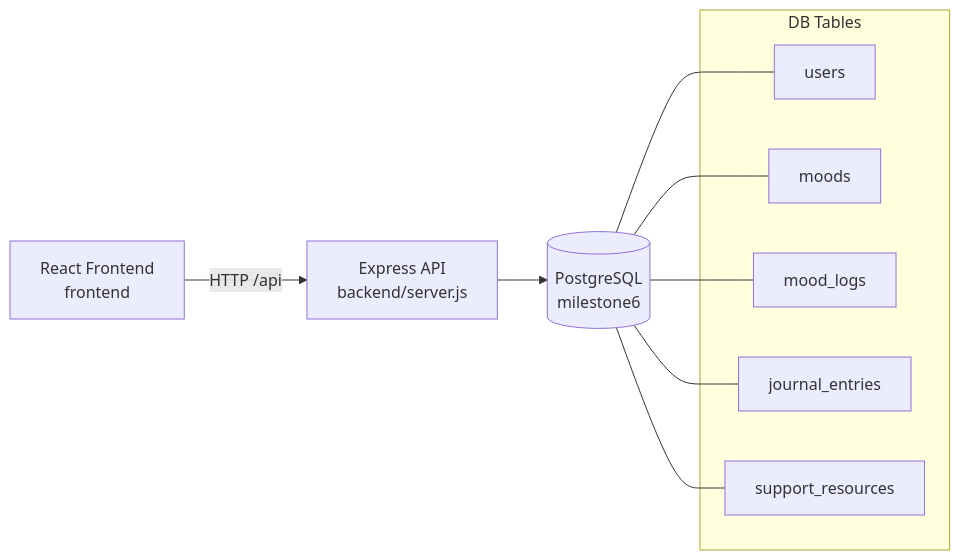
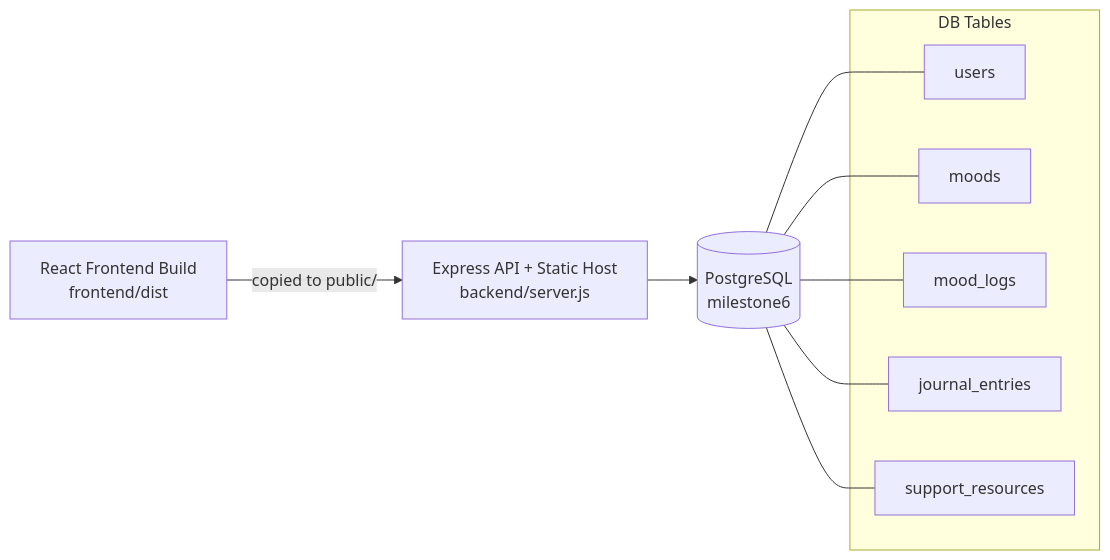
One commit to mmmorg15/Milestone_6 changed the diagram in README.md. Above: the diagram before and after it, drawn with Mermaid. The commit also changed other lines of this file and 11 other files, not shown here.

````diff
--- a/README.md
+++ b/README.md
@@ -17,19 +17,19 @@
 ```mermaid
 flowchart LR
-  A[React Frontend\nfrontend] -->|HTTP /api| B[Express API\nbackend/server.js]
+  A[React Frontend Build\nfrontend/dist] -->|copied to public/| B[Express API + Static Host\nbackend/server.js]
   B --> C[(PostgreSQL\nmilestone6)]
 
   subgraph DB Tables
     U[users]
     M[moods]
     ML[mood_logs]
     J[journal_entries]
     R[support_resources]
   end
 
   C --- U
   C --- M
   C --- ML
   C --- J
   C --- R
 ```
````
